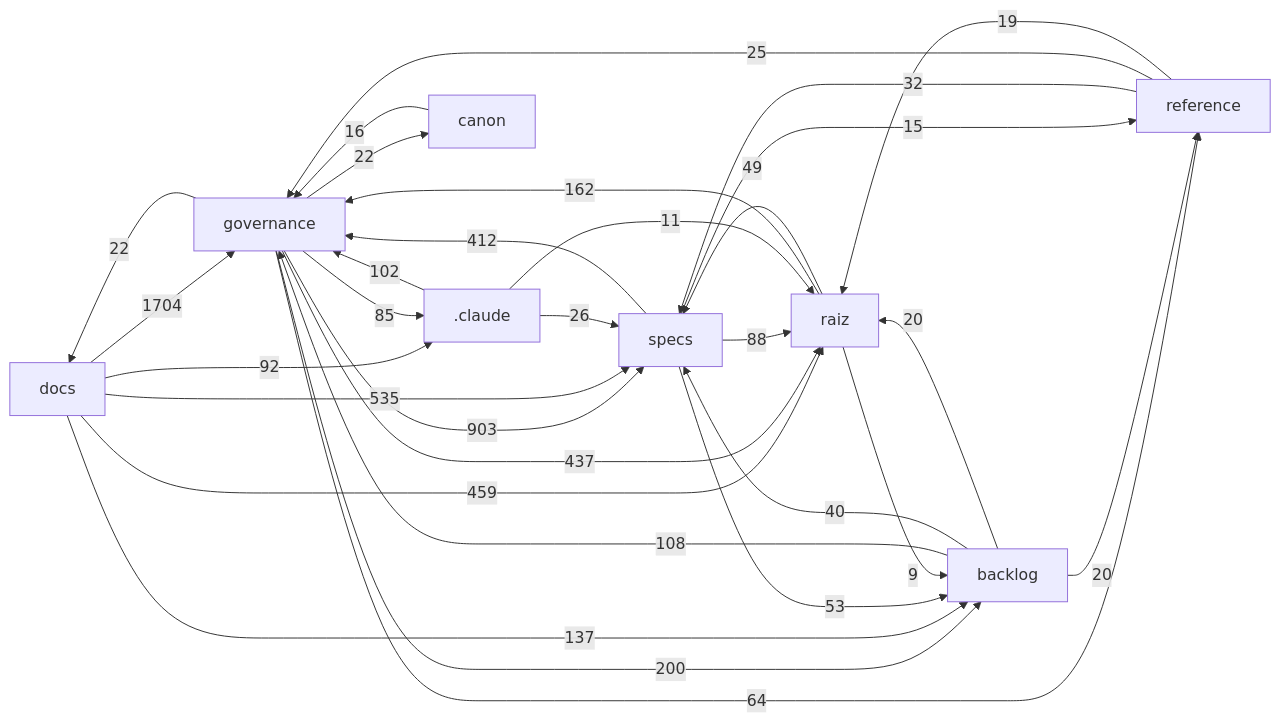
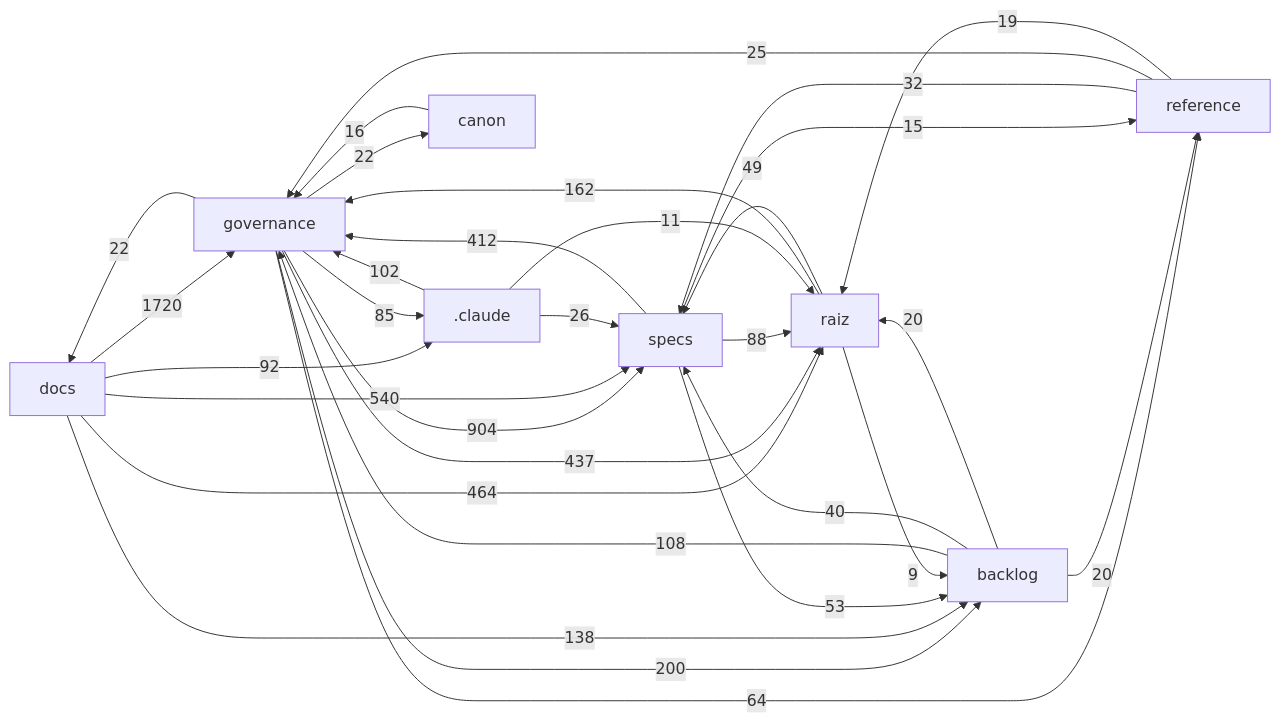
The diagram in docs/mapa/MAPA-PROJETO.md (Andraus35/Sistema-Operacional-de-Trading--SOT), drawn with Mermaid before and after one commit. The commit also changed other lines of this file and 8 other files, not shown here.

````diff
--- a/docs/mapa/MAPA-PROJETO.md
+++ b/docs/mapa/MAPA-PROJETO.md
@@ -29,33 +29,33 @@
 ```mermaid
 flowchart LR
-  docs["docs"] -->|1704| governance["governance"]
-  governance["governance"] -->|903| specs["specs"]
-  docs["docs"] -->|535| specs["specs"]
-  docs["docs"] -->|459| raiz["raiz"]
+  docs["docs"] -->|1720| governance["governance"]
+  governance["governance"] -->|904| specs["specs"]
+  docs["docs"] -->|540| specs["specs"]
+  docs["docs"] -->|464| raiz["raiz"]
   governance["governance"] -->|437| raiz["raiz"]
   specs["specs"] -->|412| governance["governance"]
   governance["governance"] -->|200| backlog["backlog"]
   raiz["raiz"] -->|162| governance["governance"]
-  docs["docs"] -->|137| backlog["backlog"]
+  docs["docs"] -->|138| backlog["backlog"]
   backlog["backlog"] -->|108| governance["governance"]
   _claude[".claude"] -->|102| governance["governance"]
   docs["docs"] -->|92| _claude[".claude"]
   specs["specs"] -->|88| raiz["raiz"]
   governance["governance"] -->|85| _claude[".claude"]
   governance["governance"] -->|64| reference["reference"]
   specs["specs"] -->|53| backlog["backlog"]
   raiz["raiz"] -->|49| specs["specs"]
   backlog["backlog"] -->|40| specs["specs"]
   reference["reference"] -->|32| specs["specs"]
   _claude[".claude"] -->|26| specs["specs"]
   reference["reference"] -->|25| governance["governance"]
   governance["governance"] -->|22| docs["docs"]
   governance["governance"] -->|22| canon["canon"]
   backlog["backlog"] -->|20| raiz["raiz"]
   backlog["backlog"] -->|20| reference["reference"]
   reference["reference"] -->|19| raiz["raiz"]
   canon["canon"] -->|16| governance["governance"]
   specs["specs"] -->|15| reference["reference"]
   _claude[".claude"] -->|11| raiz["raiz"]
   raiz["raiz"] -->|9| backlog["backlog"]
 ```
````
